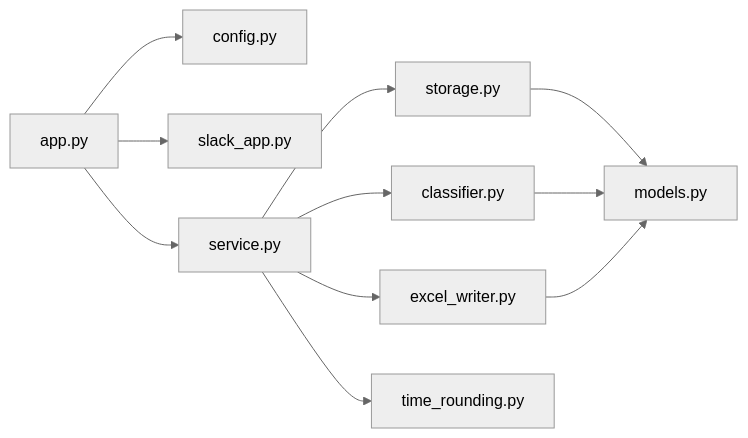
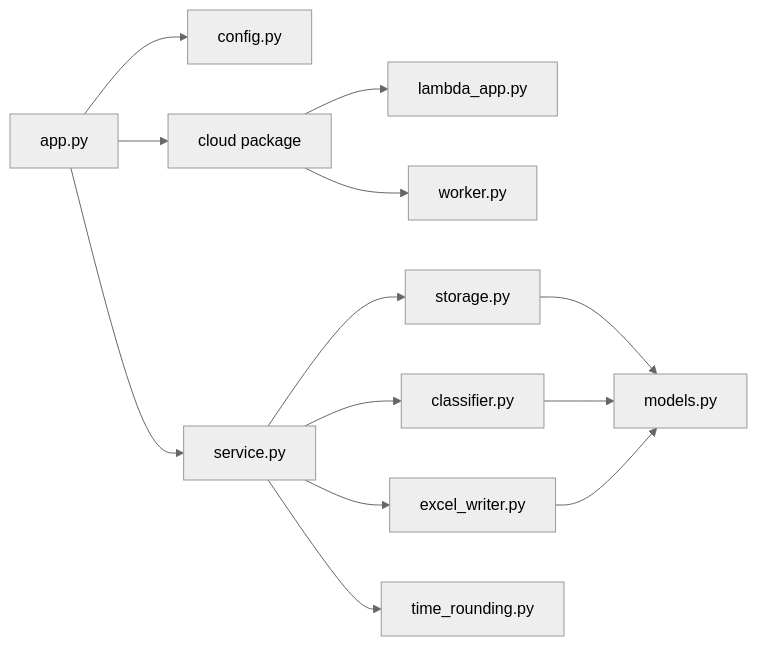
One commit to Shintaro-Abe/TapInShift changed the second of 2 diagrams in docs/architecture.md. Above: the diagram before and after it, drawn with Mermaid (neutral theme). The commit also changed other lines of this file and 39 other files, not shown here.

Commit message:
Add cloud queue sync for TapInShift

````diff
--- a/docs/architecture.md
+++ b/docs/architecture.md
@@ -85,13 +93,15 @@
 ```mermaid
 graph LR
     app[app.py] --> config[config.py]
-    app --> slack[slack_app.py]
+    app --> cloud[cloud package]
+    cloud --> lambda[lambda_app.py]
+    cloud --> sync[worker.py]
     app --> service[service.py]
     service --> classifier[classifier.py]
     service --> writer[excel_writer.py]
     service --> storage[storage.py]
     service --> rounding[time_rounding.py]
     storage --> models[models.py]
     classifier --> models
     writer --> models
 ```
````
